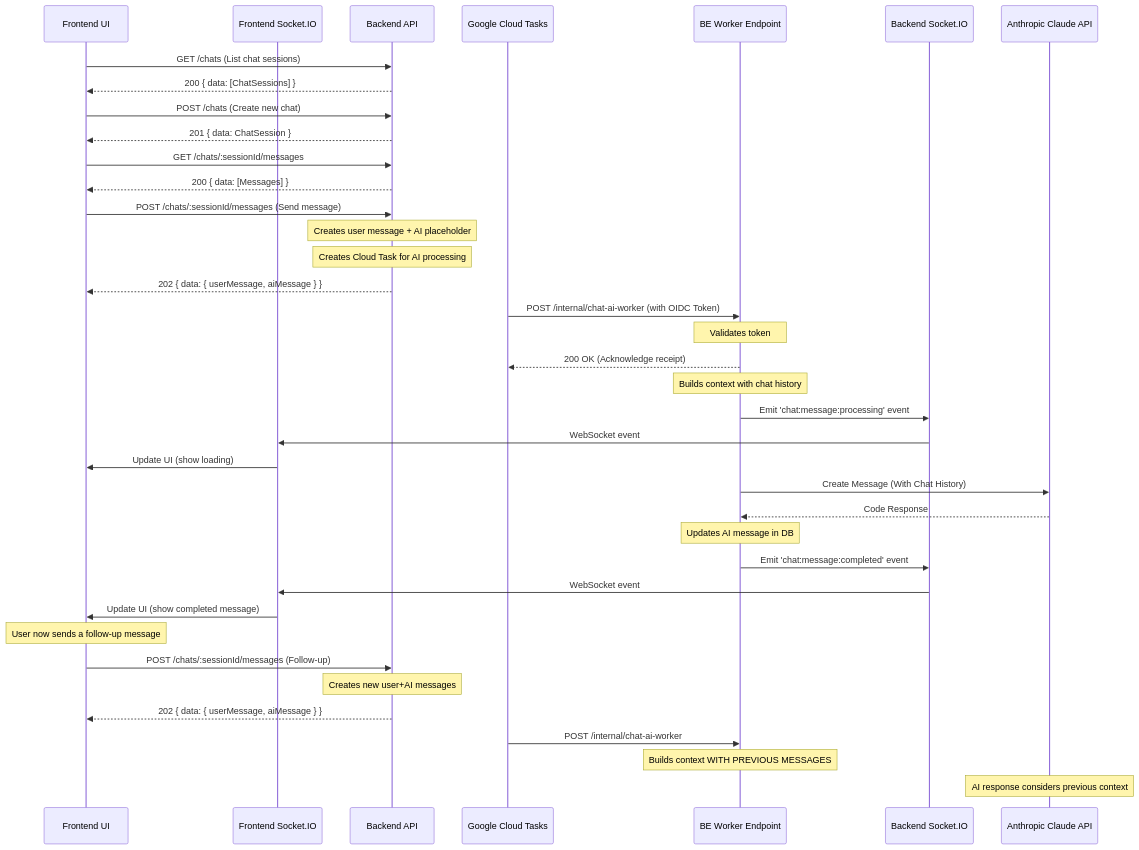
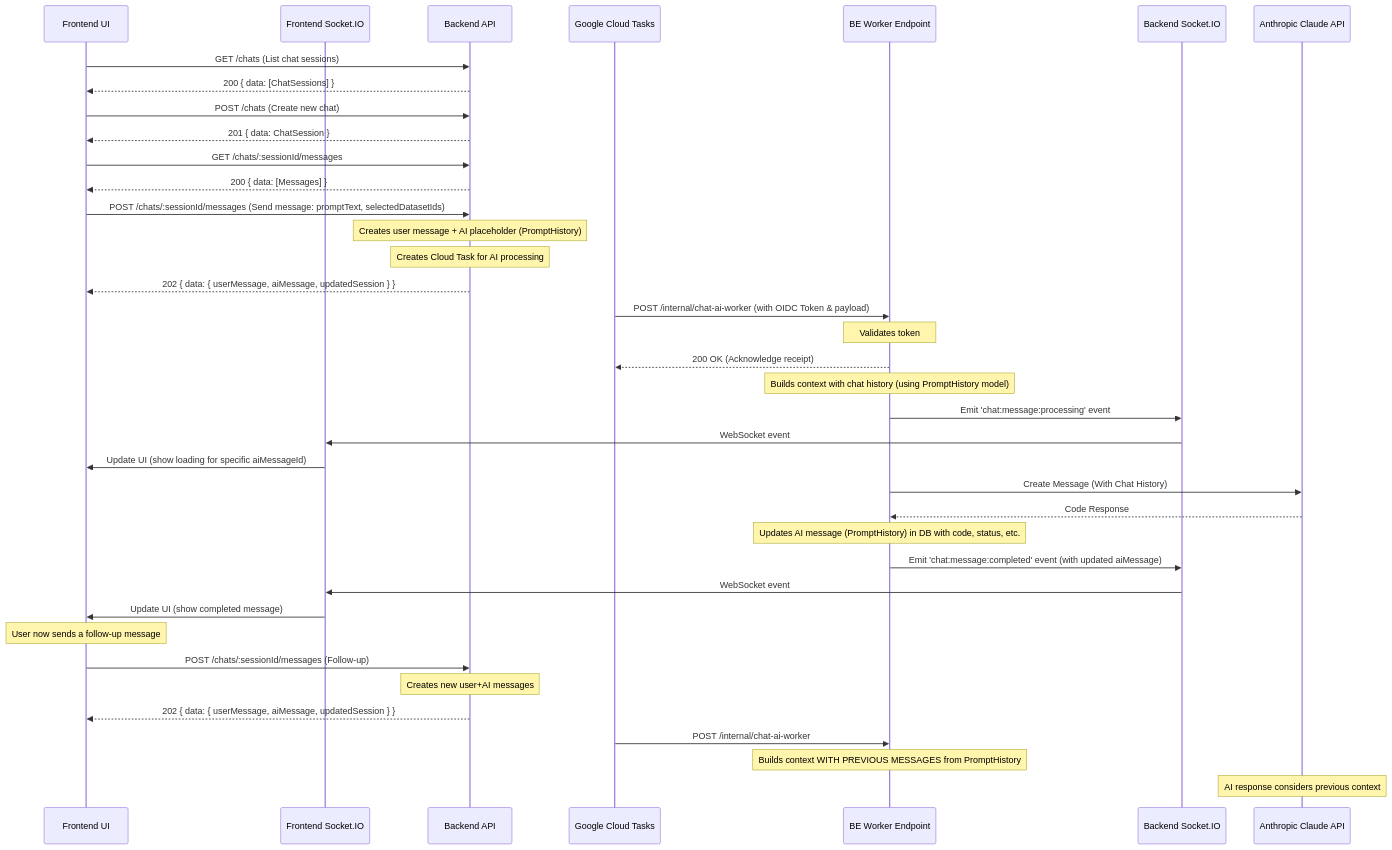
Before and after one commit to alexgavrilyuk/Neuroledger: the seventh of 7 diagrams in ARCHITECTURE.md, drawn with Mermaid. The commit also changed 1 other file, not shown here.

Commit message:
some change in documentation

````diff
--- a/ARCHITECTURE.md
+++ b/ARCHITECTURE.md
@@ -309,50 +309,50 @@
 ```mermaid
 sequenceDiagram
     participant FE_UI as Frontend UI
     participant FE_Socket as Frontend Socket.IO
     participant BE_API as Backend API
     participant CloudTask as Google Cloud Tasks
     participant BE_Worker as BE Worker Endpoint
     participant BE_Socket as Backend Socket.IO
     participant Claude as Anthropic Claude API
 
     FE_UI->>BE_API: GET /chats (List chat sessions)
     BE_API-->>FE_UI: 200 { data: [ChatSessions] }
     
     FE_UI->>BE_API: POST /chats (Create new chat)
     BE_API-->>FE_UI: 201 { data: ChatSession }
     
     FE_UI->>BE_API: GET /chats/:sessionId/messages
     BE_API-->>FE_UI: 200 { data: [Messages] }
     
-    FE_UI->>BE_API: POST /chats/:sessionId/messages (Send message)
-    Note over BE_API: Creates user message + AI placeholder
+    FE_UI->>BE_API: POST /chats/:sessionId/messages (Send message: promptText, selectedDatasetIds)
+    Note over BE_API: Creates user message + AI placeholder (PromptHistory)
     Note over BE_API: Creates Cloud Task for AI processing
-    BE_API-->>FE_UI: 202 { data: { userMessage, aiMessage } }
+    BE_API-->>FE_UI: 202 { data: { userMessage, aiMessage, updatedSession } }
     
-    CloudTask->>BE_Worker: POST /internal/chat-ai-worker (with OIDC Token)
+    CloudTask->>BE_Worker: POST /internal/chat-ai-worker (with OIDC Token & payload)
     Note over BE_Worker: Validates token
     BE_Worker-->>CloudTask: 200 OK (Acknowledge receipt)
     
-    Note over BE_Worker: Builds context with chat history
+    Note over BE_Worker: Builds context with chat history (using PromptHistory model)
     BE_Worker->>BE_Socket: Emit 'chat:message:processing' event
     BE_Socket->>FE_Socket: WebSocket event
-    FE_Socket->>FE_UI: Update UI (show loading)
+    FE_Socket->>FE_UI: Update UI (show loading for specific aiMessageId)
     
     BE_Worker->>Claude: Create Message (With Chat History)
     Claude-->>BE_Worker: Code Response
     
-    Note over BE_Worker: Updates AI message in DB
-    BE_Worker->>BE_Socket: Emit 'chat:message:completed' event
+    Note over BE_Worker: Updates AI message (PromptHistory) in DB with code, status, etc.
+    BE_Worker->>BE_Socket: Emit 'chat:message:completed' event (with updated aiMessage)
     BE_Socket->>FE_Socket: WebSocket event
     FE_Socket->>FE_UI: Update UI (show completed message)
     
     Note over FE_UI: User now sends a follow-up message
     FE_UI->>BE_API: POST /chats/:sessionId/messages (Follow-up)
     Note over BE_API: Creates new user+AI messages
-    BE_API-->>FE_UI: 202 { data: { userMessage, aiMessage } }
+    BE_API-->>FE_UI: 202 { data: { userMessage, aiMessage, updatedSession } }
     
     CloudTask->>BE_Worker: POST /internal/chat-ai-worker
-    Note over BE_Worker: Builds context WITH PREVIOUS MESSAGES
+    Note over BE_Worker: Builds context WITH PREVIOUS MESSAGES from PromptHistory
     Note over Claude: AI response considers previous context
 ```
````
